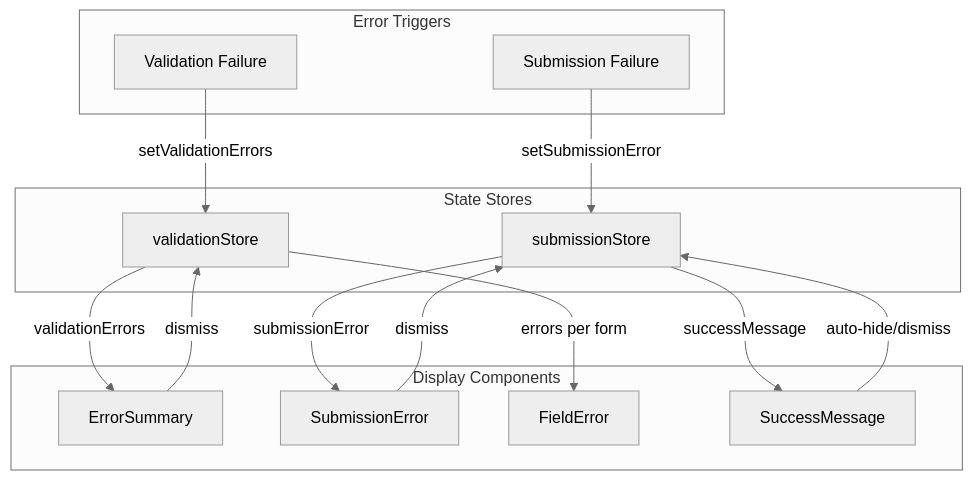
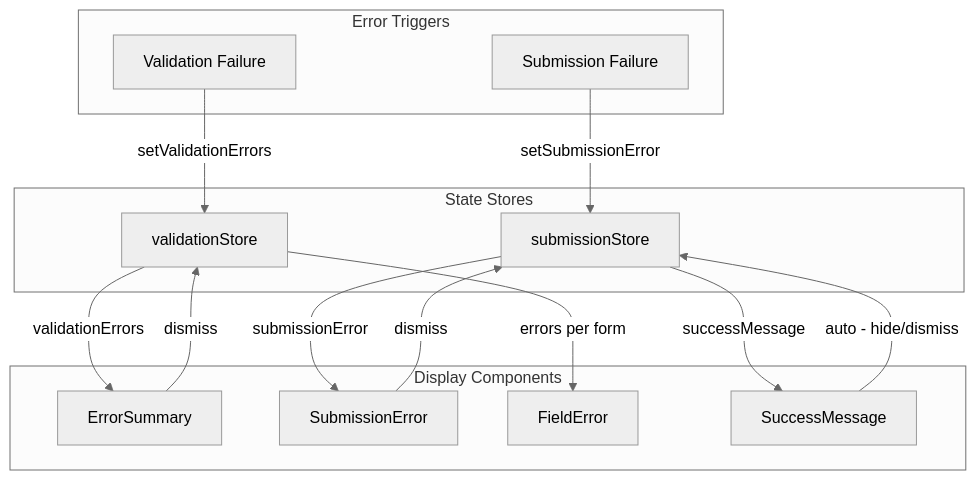
The diagram in multi-form-save-experiment/documentation/implementation-plans/IMPL-004-error-handling.md (cebartling/react-experiments), drawn with Mermaid (neutral theme) before and after one commit. The commit also changed other lines of this file and 5 other files, not shown here.

Commit message:
docs: add implementation plans for dirty state management and validation flow

````diff
--- a/multi-form-save-experiment/documentation/implementation-plans/IMPL-004-error-handling.md
+++ b/multi-form-save-experiment/documentation/implementation-plans/IMPL-004-error-handling.md
@@ -470,31 +530,29 @@
 ```mermaid
 flowchart TD
     subgraph Triggers["Error Triggers"]
         V[Validation Failure]
         S[Submission Failure]
     end
 
     subgraph Stores["State Stores"]
         VS[validationStore]
         SS[submissionStore]
     end
 
     subgraph Components["Display Components"]
         ES[ErrorSummary]
         SE[SubmissionError]
         FE[FieldError]
         SM[SuccessMessage]
     end
 
     V -->|setValidationErrors| VS
     S -->|setSubmissionError| SS
-
     VS -->|validationErrors| ES
     VS -->|errors per form| FE
     SS -->|submissionError| SE
     SS -->|successMessage| SM
-
     ES -->|dismiss| VS
     SE -->|dismiss| SS
-    SM -->|auto-hide/dismiss| SS
+    SM -->|auto - hide/dismiss| SS
 ```
````
